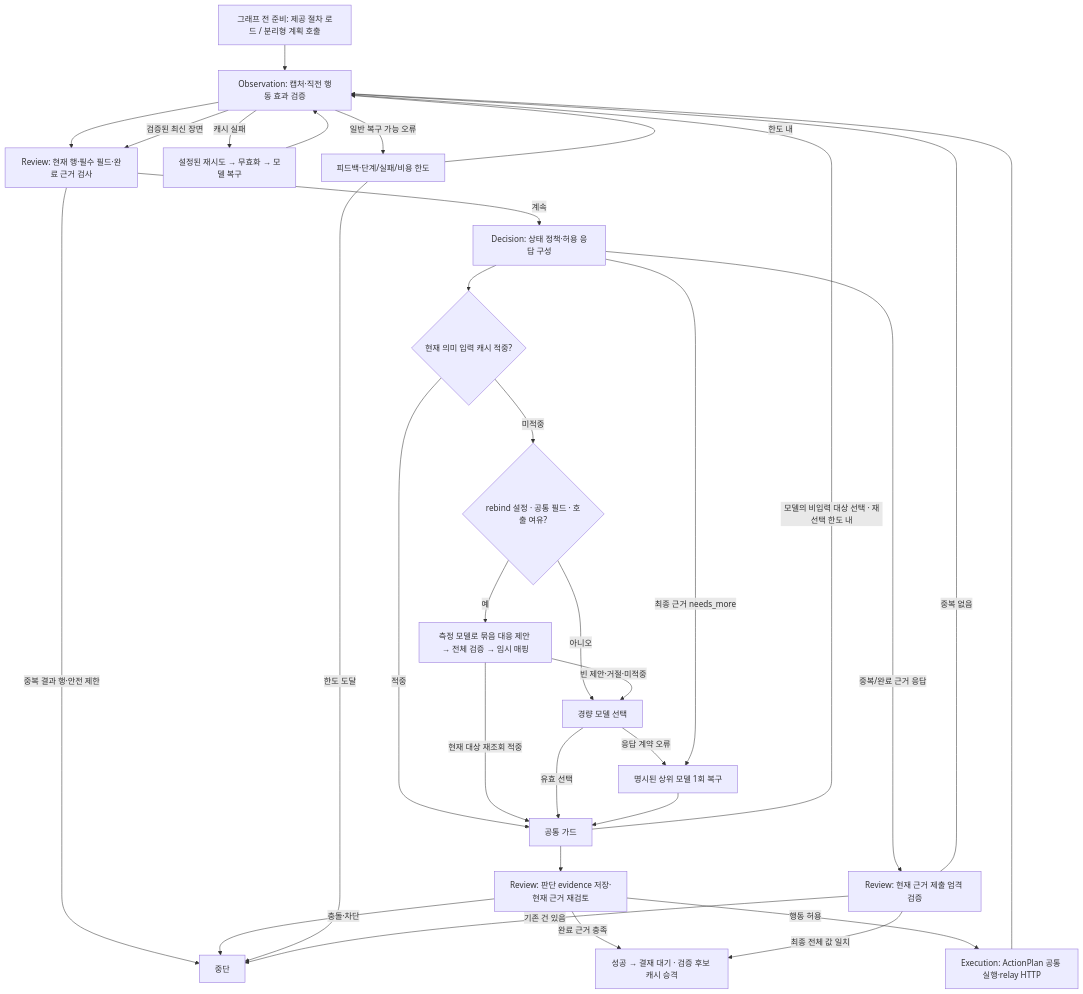
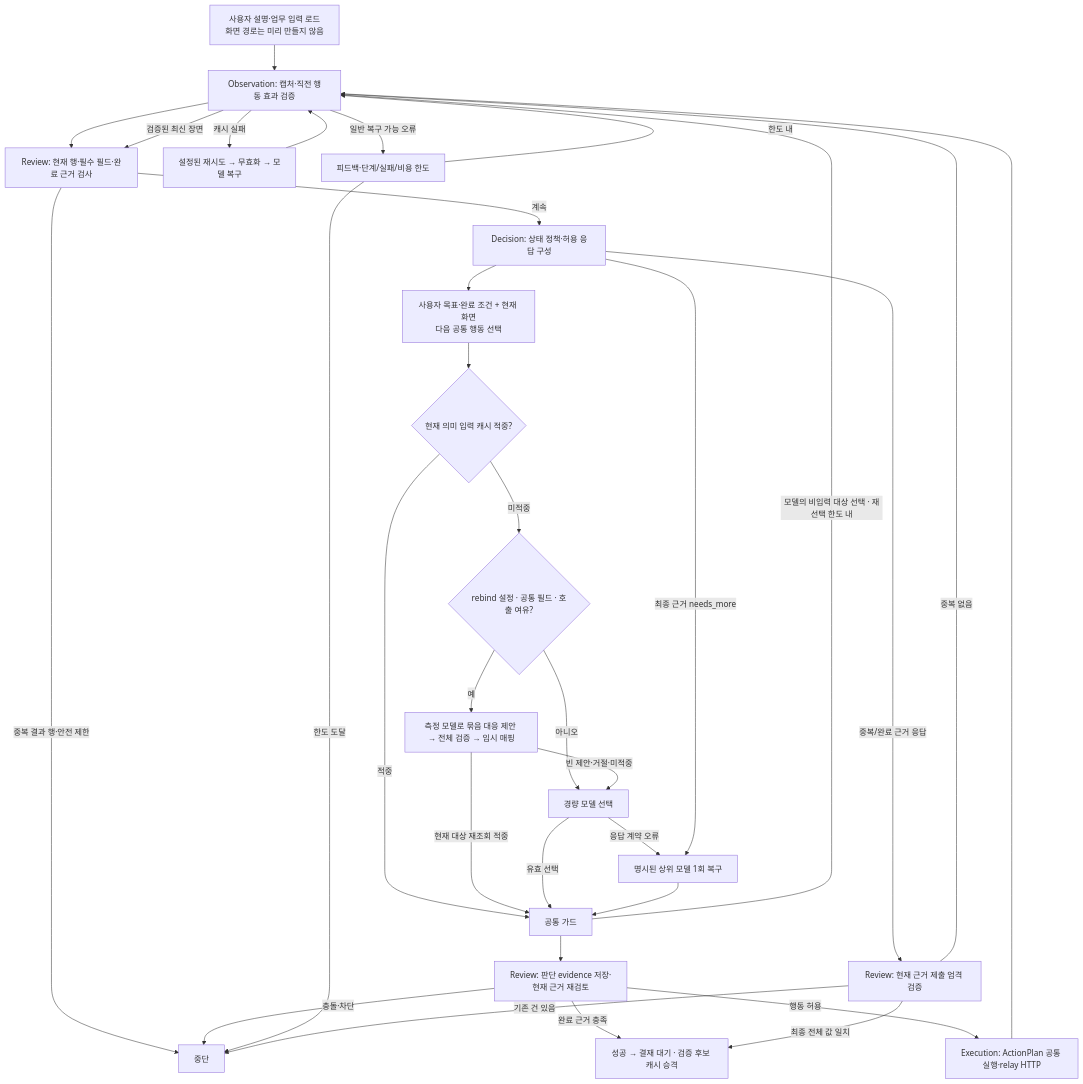
The second of 2 diagrams in docs/code-flow.md (Dreamtreeme/agent-sawon), drawn with Mermaid before and after one commit. The commit also changed other lines of this file and 31 other files, not shown here.

````diff
--- a/docs/code-flow.md
+++ b/docs/code-flow.md
@@ -26,34 +28,35 @@
 ```mermaid
 flowchart TD
-    PLAN["그래프 전 준비: 제공 절차 로드 / 분리형 계획 호출"] --> O["Observation: 캡처·직전 행동 효과 검증"]
+    PLAN["사용자 설명·업무 입력 로드<br/>화면 경로는 미리 만들지 않음"] --> O["Observation: 캡처·직전 행동 효과 검증"]
     O --> R["Review: 현재 행·필수 필드·완료 근거 검사"]
     R -->|중복 결과 행·안전 제한| STOP["중단"]
     R -->|계속| POLICY["Decision: 상태 정책·허용 응답 구성"]
-    POLICY --> CACHE{"현재 의미 입력 캐시 적중?"}
+    POLICY --> TASK["사용자 목표·완료 조건 + 현재 화면<br/>다음 공통 행동 선택"]
+    TASK --> CACHE{"현재 의미 입력 캐시 적중?"}
     CACHE -->|적중| G["공통 가드"]
     CACHE -->|미적중| RB{"rebind 설정 · 공통 필드 · 호출 여유?"}
     RB -->|아니오| MODEL["경량 모델 선택"]
     RB -->|예| MAP["측정 모델로 묶음 대응 제안 → 전체 검증 → 임시 매핑"]
     MAP -->|현재 대상 재조회 적중| G
     MAP -->|빈 제안·거절·미적중| MODEL
     MODEL -->|유효 선택| G
     MODEL -->|응답 계약 오류| HIGH["명시된 상위 모델 1회 복구"]
     POLICY -->|최종 근거 needs_more| HIGH
     HIGH --> G
     G -->|모델의 비입력 대상 선택 · 재선택 한도 내| O
     G --> PR["Review: 판단 evidence 저장·현재 근거 재검토"]
     PR -->|완료 근거 충족| DONE
     PR -->|충돌·차단| STOP
     PR -->|행동 허용| ACT["Execution: ActionPlan 공통 실행·relay HTTP"]
     ACT --> O
     O -->|검증된 최신 장면| R
     O -->|캐시 실패| RETRY["설정된 재시도 → 무효화 → 모델 복구"]
     RETRY --> O
     O -->|일반 복구 가능 오류| BOUND["피드백·단계/실패/비용 한도"]
     BOUND -->|한도 내| O
     BOUND -->|한도 도달| STOP
     POLICY -->|중복/완료 근거 응답| PROOF["Review: 현재 근거 제출 엄격 검증"]
     PROOF -->|중복 없음| O
     PROOF -->|기존 건 있음| STOP
     PROOF -->|최종 전체 값 일치| DONE["성공 → 결재 대기 · 검증 후보 캐시 승격"]
 ```
````
